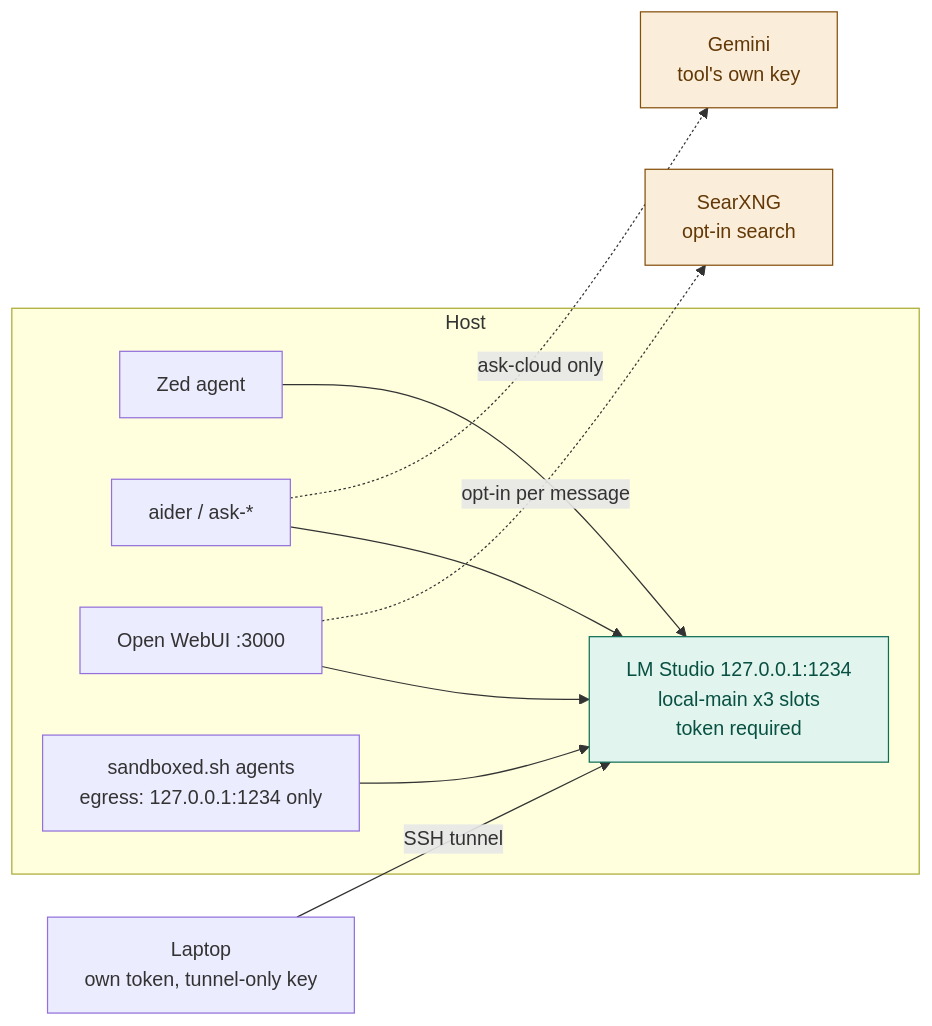
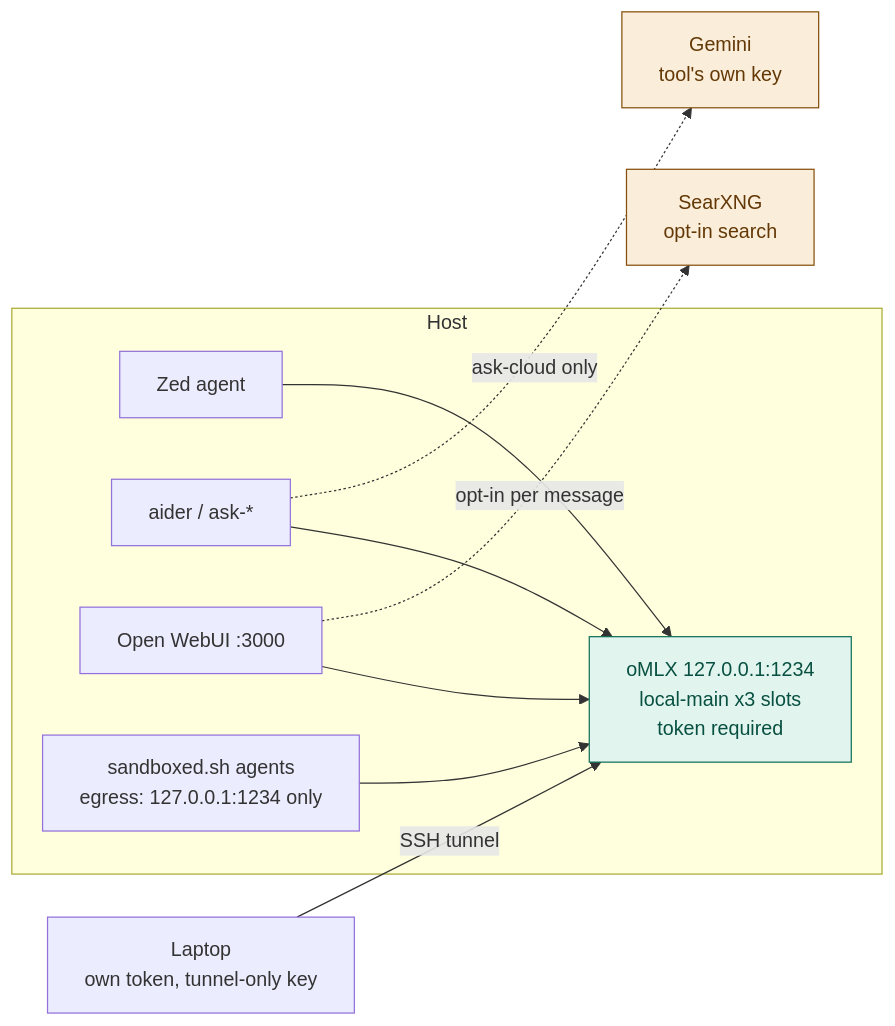
One commit to ouster/hearth changed the diagram in README.md. Above: the diagram before and after it, drawn with Mermaid. The commit also changed other lines of this file and 31 other files, not shown here.

````diff
--- a/README.md
+++ b/README.md
@@ -26,26 +25,26 @@
 ```mermaid
 flowchart LR
     subgraph host["Host"]
         zed["Zed agent"]
         aider["aider / ask-*"]
         webui["Open WebUI :3000"]
         sbx["sandboxed.sh agents<br/>egress: 127.0.0.1:1234 only"]
-        lms["LM Studio 127.0.0.1:1234<br/>local-main x3 slots<br/>token required"]
+        srv["oMLX 127.0.0.1:1234<br/>local-main x3 slots<br/>token required"]
     end
     laptop["Laptop<br/>own token, tunnel-only key"]
     cloud["Gemini<br/>tool's own key"]
     searx["SearXNG<br/>opt-in search"]
 
-    zed --> lms
-    aider --> lms
-    webui --> lms
-    sbx --> lms
-    laptop -->|"SSH tunnel"| lms
+    zed --> srv
+    aider --> srv
+    webui --> srv
+    sbx --> srv
+    laptop -->|"SSH tunnel"| srv
     aider -.->|"ask-cloud only"| cloud
     webui -.->|"opt-in per message"| searx
 
     classDef localCls fill:#E1F5EE,stroke:#0F6E56,color:#085041
     classDef leaveCls fill:#FAEEDA,stroke:#854F0B,color:#633806
-    class lms localCls
+    class srv localCls
     class cloud,searx leaveCls
 ```
````
